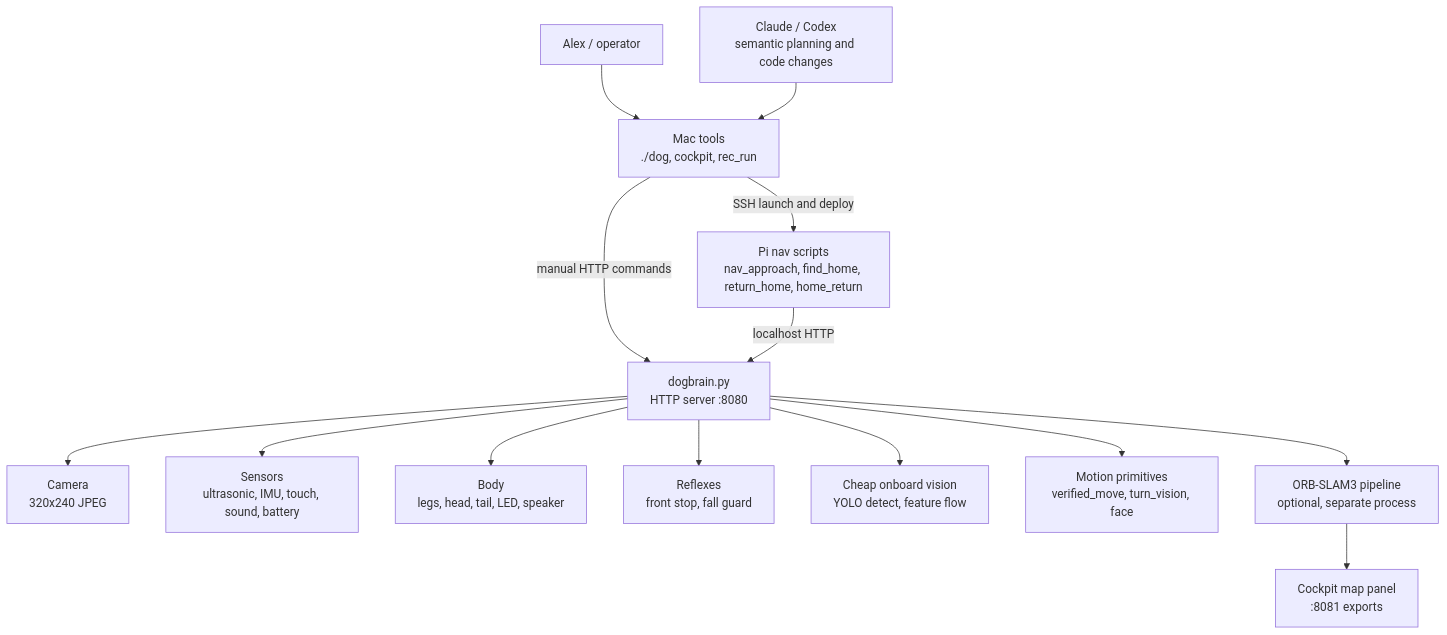
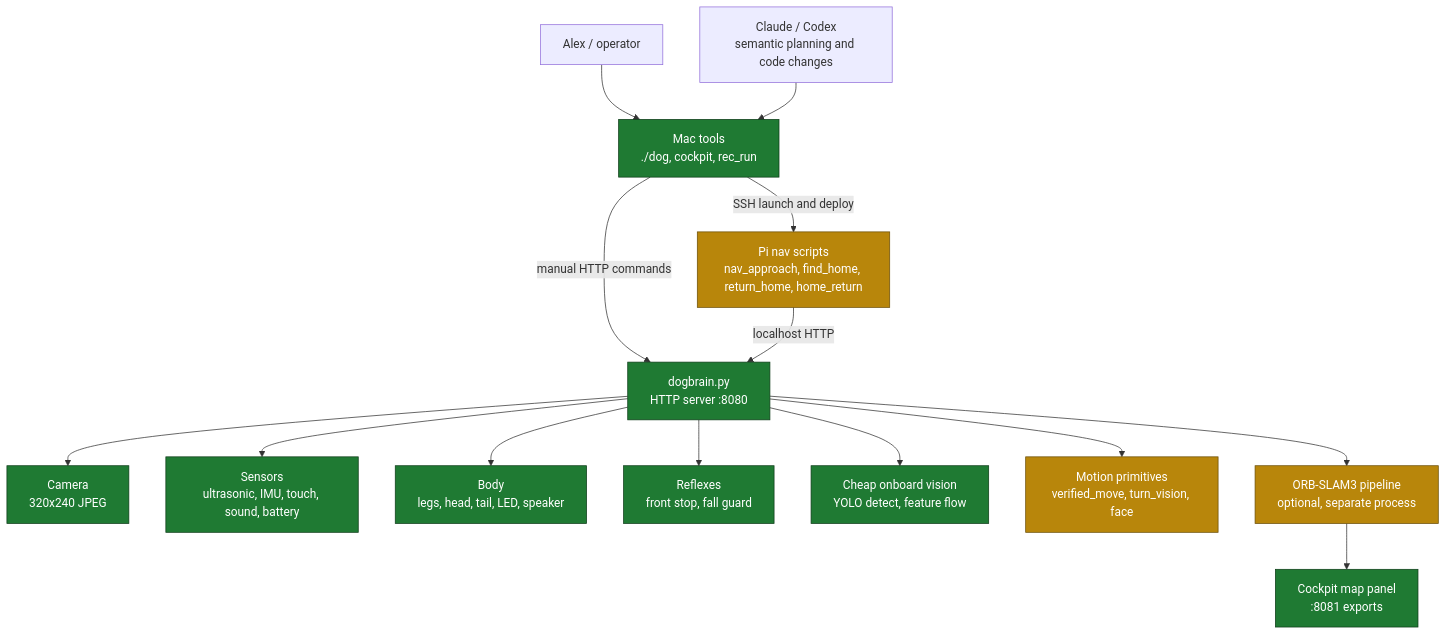
One commit to alexbhandari/pidog-public changed the third of 6 diagrams in ARCHITECTURE.md. Above: the diagram before and after it, drawn with Mermaid. The commit also changed other lines of this file, not shown here.

Commit message:
sync public docs: OVERVIEW + STATUS + ARCHITECTURE (+ recordings) (2026-06-18)

````diff
--- a/ARCHITECTURE.md
+++ b/ARCHITECTURE.md
@@ -125,20 +149,24 @@
 ```mermaid
 flowchart TB
   Alex["Alex / operator"] --> MacTools["Mac tools<br/>./dog, cockpit, rec_run"]
   Claude["Claude / Codex<br/>semantic planning and code changes"] --> MacTools
 
   MacTools -->|SSH launch and deploy| PiScripts["Pi nav scripts<br/>nav_approach, find_home, return_home, home_return"]
   MacTools -->|manual HTTP commands| Dogbrain["dogbrain.py<br/>HTTP server :8080"]
   PiScripts -->|localhost HTTP| Dogbrain
 
   Dogbrain --> Camera["Camera<br/>320x240 JPEG"]
   Dogbrain --> Sensors["Sensors<br/>ultrasonic, IMU, touch, sound, battery"]
   Dogbrain --> Body["Body<br/>legs, head, tail, LED, speaker"]
 
   Dogbrain --> Reflexes["Reflexes<br/>front stop, fall guard"]
   Dogbrain --> CheapVision["Cheap onboard vision<br/>YOLO detect, feature flow"]
   Dogbrain --> Motion["Motion primitives<br/>verified_move, turn_vision, face"]
 
   Dogbrain --> SLAM["ORB-SLAM3 pipeline<br/>optional, separate process"]
   SLAM --> CockpitMap["Cockpit map panel<br/>:8081 exports"]
+  classDef proven fill:#1f7a33,stroke:#0f3d1a,color:#fff
+  classDef wip fill:#b8860b,stroke:#6b4f08,color:#fff
+  class MacTools,Dogbrain,Camera,Sensors,Body,Reflexes,CheapVision,CockpitMap proven
+  class PiScripts,Motion,SLAM wip
 ```
````
